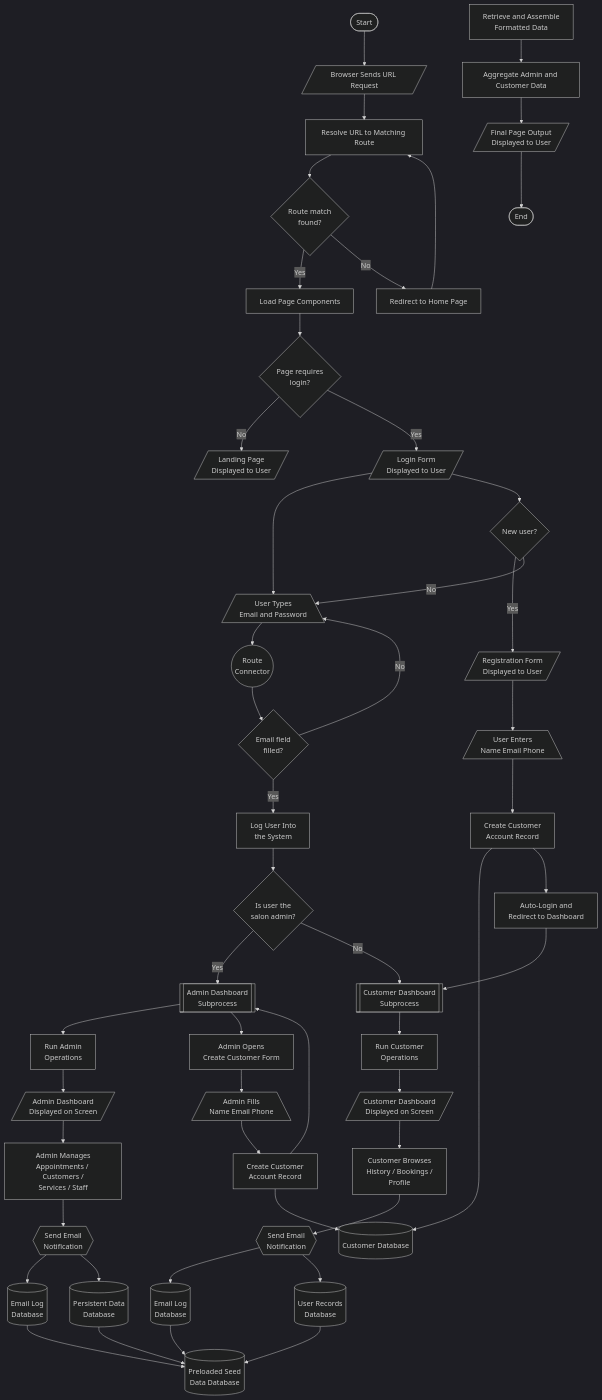
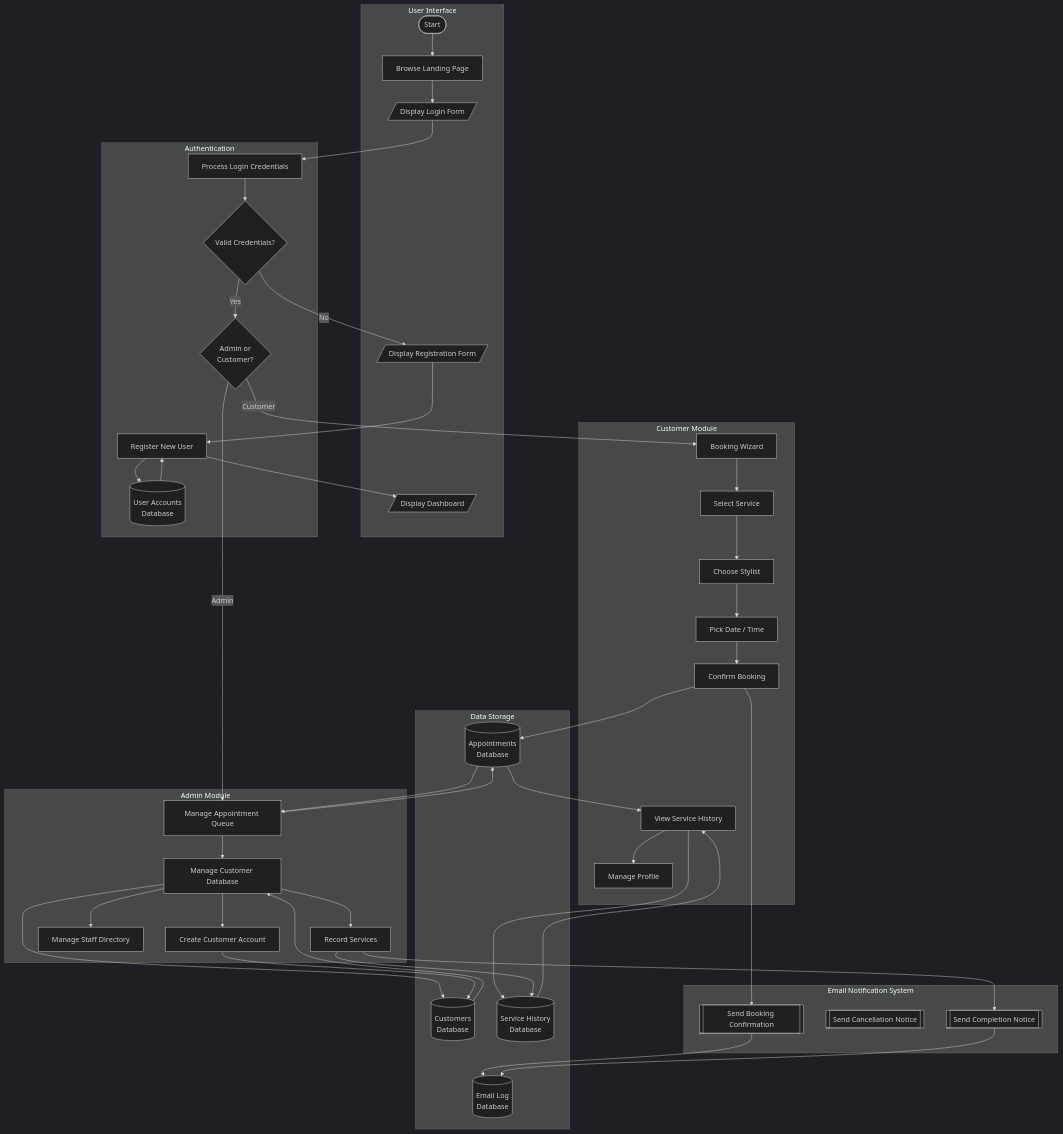
Before and after one commit to pandadoor/crm: the first of 2 diagrams in README.md, drawn with Mermaid (dark theme). The commit also changed other lines of this file, not shown here.

Commit message:
fix: redesign System Flowchart to match example and DOCX guide
- Simplified to clear modular structure with subgraphs
- Added subgraph groupings: User Interface, Authentication, Customer Module, Admin Module, Email Notification System, Data Storage
- Customer Module: Booking Wizard (select service/stylist/date/confirm) + history + profile
- Admin Module: appointment queue, customer management, service recording, staff, account creation
- Email system: confirmation, cancellation, completion notices
- Proper database connections per DOCX guide System Flowchart symbols
- Clean feature routes and navigation paths between modules

````diff
--- a/README.md
+++ b/README.md
@@ -55,56 +55,93 @@
 ```mermaid
 graph TD
-    SYS_START([Start]) --> REQ_IN[/Browser Sends URL Request/]
-    REQ_IN --> RESOLVE[Resolve URL to Matching Route]
-    RESOLVE --> FOUND{Route match<br/>found?}
-    FOUND -->|Yes| LOAD[Load Page Components]
-    FOUND -->|No| HOME_REDIR[Redirect to Home Page]
-    HOME_REDIR --> RESOLVE
-    LOAD --> CHECK_AUTH{Page requires<br/>login?}
-    CHECK_AUTH -->|No| PUBLIC[/Landing Page<br/>Displayed to User/]
-    CHECK_AUTH -->|Yes| LOGIN[/Login Form<br/>Displayed to User/]
-    LOGIN --> USER_TYPES[/User Types<br/>Email and Password\]
-    USER_TYPES --> INSPECT_LOGIN((Route<br/>Connector))
-    INSPECT_LOGIN --> FILLED{Email field<br/>filled?}
-    FILLED -->|No| USER_TYPES
-    FILLED -->|Yes| LOG_USER_IN[Log User Into<br/>the System]
-    LOG_USER_IN --> ADMIN_YES{Is user the<br/>salon admin?}
-    ADMIN_YES -->|Yes| ADMIN_DASH[[Admin Dashboard<br/>Subprocess]]
-    ADMIN_YES -->|No| CUSTOMER_DASH[[Customer Dashboard<br/>Subprocess]]
-    ADMIN_DASH --> ADMIN_TOOLS[Run Admin<br/>Operations]
-    CUSTOMER_DASH --> CUSTOMER_TOOLS[Run Customer<br/>Operations]
-    ADMIN_TOOLS --> ADMIN_VIEW[/Admin Dashboard<br/>Displayed on Screen/]
-    CUSTOMER_TOOLS --> CUSTOMER_VIEW[/Customer Dashboard<br/>Displayed on Screen/]
-    ADMIN_VIEW --> MANAGE_ADM[Admin Manages<br/>Appointments / Customers /<br/>Services / Staff]
-    CUSTOMER_VIEW --> MANAGE_CUST[Customer Browses<br/>History / Bookings /<br/>Profile]
-    MANAGE_ADM --> EMAIL_ADM{{Send Email<br/>Notification}}
-    MANAGE_CUST --> EMAIL_CUST{{Send Email<br/>Notification}}
-    EMAIL_ADM --> LOG_ADM[(Email Log<br/>Database)]
-    EMAIL_CUST --> LOG_CUST[(Email Log<br/>Database)]
-    EMAIL_ADM --> STORE_ADM[(Persistent Data<br/>Database)]
-    EMAIL_CUST --> STORE_CUST[(User Records<br/>Database)]
-    LOG_ADM --> SEED_IN[(Preloaded Seed<br/>Data Database)]
-    LOG_CUST --> SEED_IN
-    STORE_ADM --> SEED_IN
-    STORE_CUST --> SEED_IN
+    %% ── USER MODULE ──
+    subgraph USER_INTERFACE["User Interface"]
+        UI_START([Start])
+        UI_BROWSE[Browse Landing Page]
+        UI_LOGIN[/Display Login Form/]
+        UI_REG[/Display Registration Form/]
+        UI_DASH[/Display Dashboard/]
+    end
 
-    LOGIN --> NEW_USER{New user?}
-    NEW_USER -->|Yes| REG_FORM[/Registration Form<br/>Displayed to User/]
-    NEW_USER -->|No| USER_TYPES
-    REG_FORM --> REG_INPUT[/User Enters<br/>Name Email Phone\]
-    REG_INPUT --> REG_SAVE[Create Customer<br/>Account Record]
-    REG_SAVE --> REG_STORE[(Customer Database)]
-    REG_SAVE --> AUTO_LOGIN[Auto-Login and<br/>Redirect to Dashboard]
-    AUTO_LOGIN --> CUSTOMER_DASH
+    subgraph AUTH["Authentication"]
+        AUTH_LOGIN[Process Login Credentials]
+        AUTH_REG[Register New User]
+        AUTH_CHECK{Valid Credentials?}
+        AUTH_ROLE{Admin or<br/>Customer?}
+        AUTH_STORE[(User Accounts<br/>Database)]
+    end
 
-    ADMIN_DASH --> CREATE_CUST[Admin Opens<br/>Create Customer Form]
-    CREATE_CUST --> ADMIN_REG[/Admin Fills<br/>Name Email Phone\]
-    ADMIN_REG --> ADMIN_SAVE[Create Customer<br/>Account Record]
-    ADMIN_SAVE --> REG_STORE
-    ADMIN_SAVE --> ADMIN_DASH
+    subgraph CUSTOMER_MODULE["Customer Module"]
+        CUST_BOOK[Booking Wizard]
+        CUST_SVC[Select Service]
+        CUST_STYL[Choose Stylist]
+        CUST_DATE[Pick Date / Time]
+        CUST_CONFIRM[Confirm Booking]
+        CUST_HIST[View Service History]
+        CUST_PROFILE[Manage Profile]
+    end
 
-    RETRIEVE[Retrieve and Assemble<br/>Formatted Data]
-    RETRIEVE --> MERGE[Aggregate Admin and Customer Data]
-    MERGE --> FINAL[/Final Page Output<br/>Displayed to User/]
-    FINAL --> SYS_END([End])
+    subgraph ADMIN_MODULE["Admin Module"]
+        ADM_QUEUE[Manage Appointment Queue]
+        ADM_CUSTOMERS[Manage Customer Database]
+        ADM_SERVICES[Record Services]
+        ADM_STAFF[Manage Staff Directory]
+        ADM_CREATE[Create Customer Account]
+    end
+
+    subgraph EMAIL["Email Notification System"]
+        EMAIL_CONFIRM[[Send Booking Confirmation]]
+        EMAIL_CANCEL[[Send Cancellation Notice]]
+        EMAIL_COMPLETE[[Send Completion Notice]]
+    end
+
+    subgraph DATA["Data Storage"]
+        DB_APPTS[(Appointments<br/>Database)]
+        DB_CUSTOMERS[(Customers<br/>Database)]
+        DB_SERVICES[(Service History<br/>Database)]
+        DB_EMAIL[(Email Log<br/>Database)]
+    end
+
+    %% ── MAIN SYSTEM FLOW ──
+    UI_START --> UI_BROWSE
+    UI_BROWSE --> UI_LOGIN
+    UI_LOGIN --> AUTH_LOGIN
+    AUTH_LOGIN --> AUTH_CHECK
+    AUTH_CHECK -->|No| UI_REG
+    AUTH_CHECK -->|Yes| AUTH_ROLE
+    UI_REG --> AUTH_REG
+    AUTH_REG --> AUTH_STORE
+    AUTH_REG --> UI_DASH
+    AUTH_STORE --> AUTH_REG
+
+    %% ── CUSTOMER PATH ──
+    AUTH_ROLE -->|Customer| CUST_BOOK
+    CUST_BOOK --> CUST_SVC
+    CUST_SVC --> CUST_STYL
+    CUST_STYL --> CUST_DATE
+    CUST_DATE --> CUST_CONFIRM
+    CUST_CONFIRM --> DB_APPTS
+    CUST_CONFIRM --> EMAIL_CONFIRM
+    EMAIL_CONFIRM --> DB_EMAIL
+    DB_APPTS --> CUST_HIST
+    CUST_HIST --> DB_SERVICES
+    CUST_HIST --> CUST_PROFILE
+
+    %% ── ADMIN PATH ──
+    AUTH_ROLE -->|Admin| ADM_QUEUE
+    ADM_QUEUE --> DB_APPTS
+    ADM_QUEUE --> ADM_CUSTOMERS
+    ADM_CUSTOMERS --> DB_CUSTOMERS
+    ADM_CUSTOMERS --> ADM_SERVICES
+    ADM_SERVICES --> DB_SERVICES
+    ADM_SERVICES --> EMAIL_COMPLETE
+    EMAIL_COMPLETE --> DB_EMAIL
+    ADM_CUSTOMERS --> ADM_STAFF
+    ADM_CUSTOMERS --> ADM_CREATE
+    ADM_CREATE --> DB_CUSTOMERS
+
+    %% ── FEEDBACK LOOPS ──
+    DB_SERVICES --> CUST_HIST
+    DB_APPTS --> ADM_QUEUE
+    DB_CUSTOMERS --> ADM_CUSTOMERS
 ```
````
